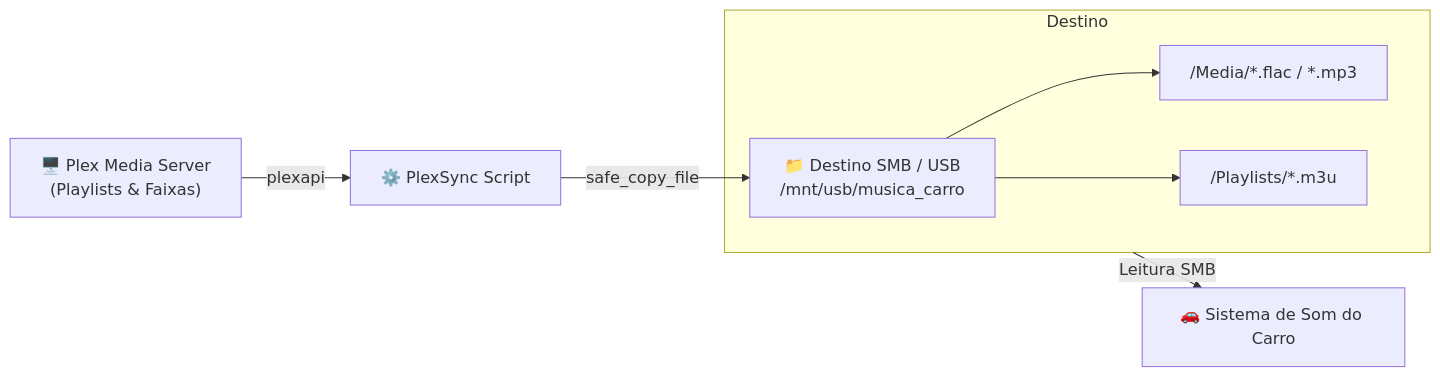
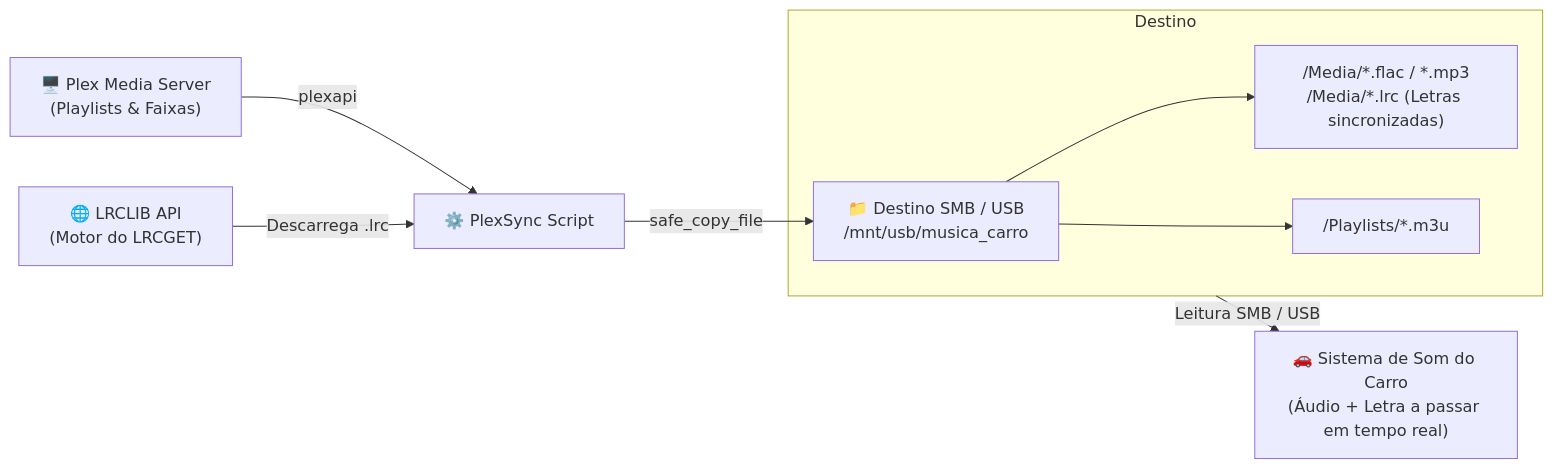
Before and after one commit to drrcastro/PlexSync: the diagram in README.md, drawn with Mermaid. The commit also changed other lines of this file and 2 other files, not shown here.

Commit message:
feat: add automatic LRCLIB synced lyrics (.lrc) download support

````diff
--- a/README.md
+++ b/README.md
@@ -34,12 +39,13 @@
 ```mermaid
 flowchart LR
     Plex["🖥️ Plex Media Server<br/>(Playlists & Faixas)"] -->|plexapi| Script["⚙️ PlexSync Script"]
+    LRCLIB["🌐 LRCLIB API<br/>(Motor do LRCGET)"] -->|Descarrega .lrc| Script
     Script -->|safe_copy_file| USB["📁 Destino SMB / USB<br/>/mnt/usb/musica_carro"]
     
     subgraph Destino
-        USB --> Media["/Media/*.flac / *.mp3"]
+        USB --> Media["/Media/*.flac / *.mp3<br/>/Media/*.lrc (Letras sincronizadas)"]
         USB --> Playlists["/Playlists/*.m3u"]
     end
     
-    Destino -->|Leitura SMB| Carro["🚗 Sistema de Som do Carro"]
+    Destino -->|Leitura SMB / USB| Carro["🚗 Sistema de Som do Carro<br/>(Áudio + Letra a passar em tempo real)"]
 ```
````
